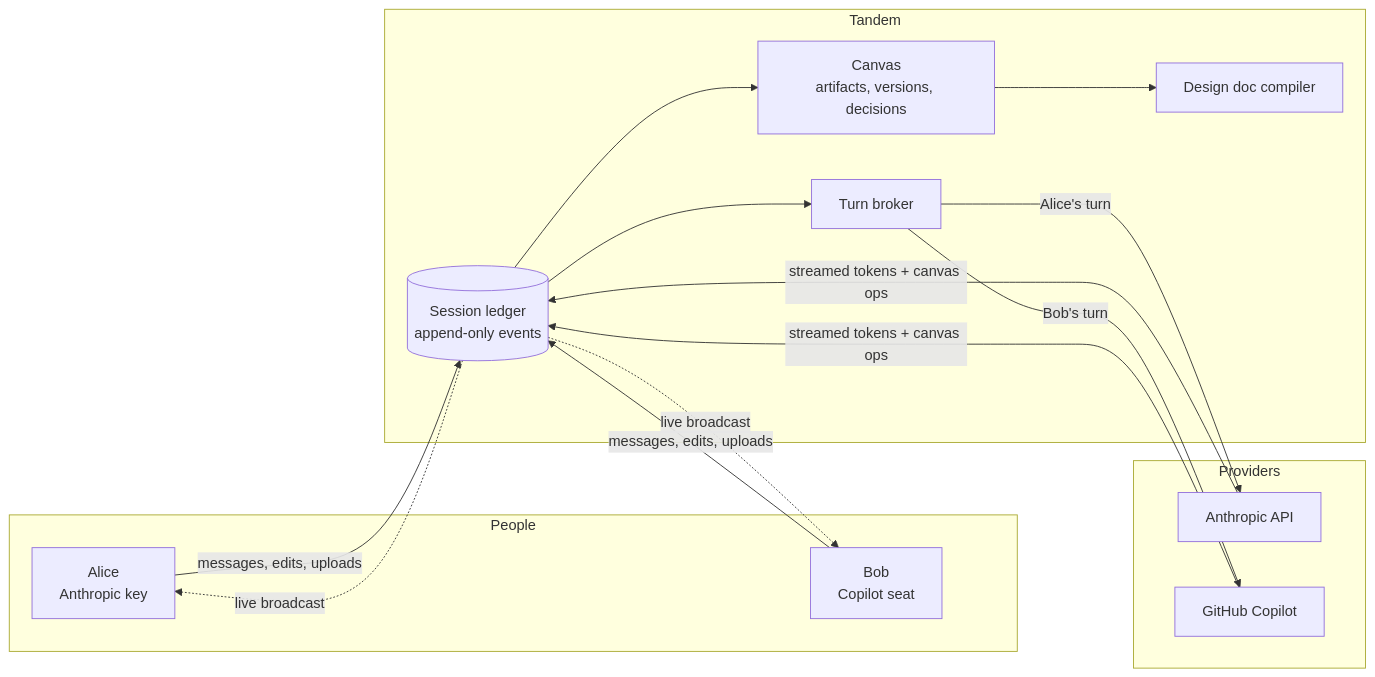
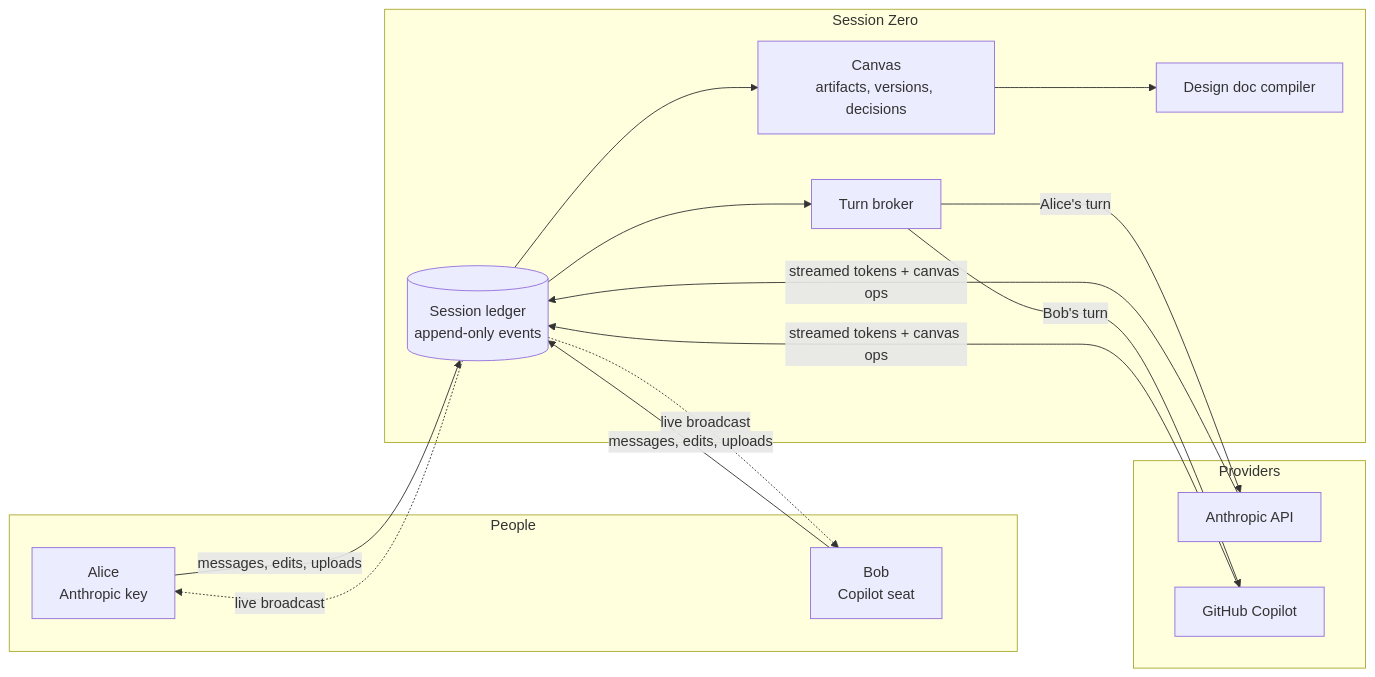
Before and after one commit to EpoCo742/tandem: the first of 9 diagrams in docs/02-architecture.md, drawn with Mermaid. The commit also changed other lines of this file and 46 other files, not shown here.

First line of the commit message:
Session Zero everywhere: new mark and name through the docs, guide covers every feature

````diff
--- a/docs/02-architecture.md
+++ b/docs/02-architecture.md
@@ -18,26 +18,26 @@
 ```mermaid
 flowchart LR
     subgraph People
         A[Alice<br/>Anthropic key]
         B[Bob<br/>Copilot seat]
     end
-    subgraph Tandem
+    subgraph Session Zero
         L[(Session ledger<br/>append-only events)]
         T[Turn broker]
         C[Canvas<br/>artifacts, versions, decisions]
         D[Design doc compiler]
     end
     subgraph Providers
         P1[Anthropic API]
         P2[GitHub Copilot]
     end
     A -- messages, edits, uploads --> L
     B -- messages, edits, uploads --> L
     L --> T
     T -- Alice's turn --> P1
     T -- Bob's turn --> P2
     P1 & P2 -- streamed tokens + canvas ops --> L
     L --> C
     C --> D
     L -. live broadcast .-> A & B
 ```
````
